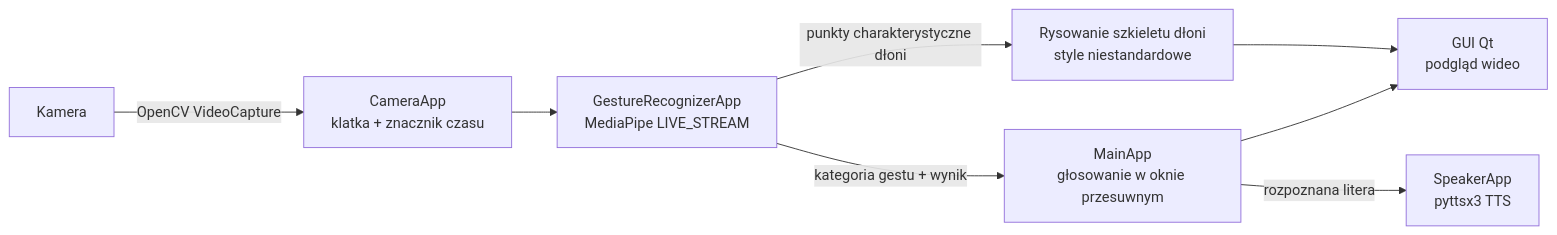
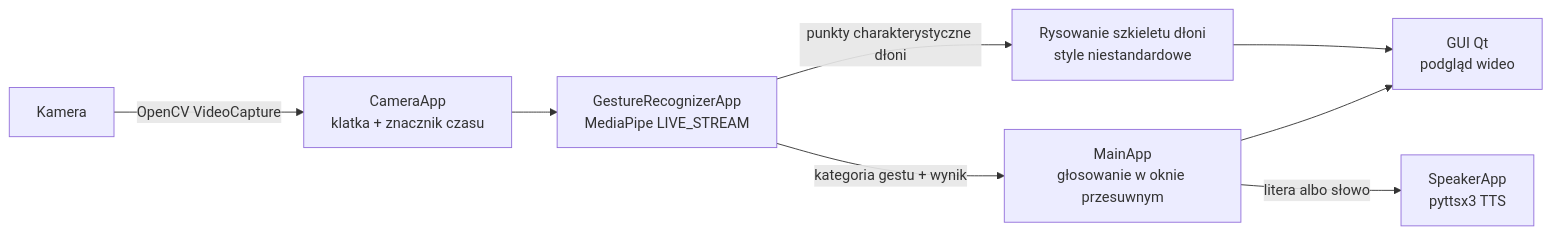
The diagram in README.pl.md (DXtR1337/AI_sign_language_translator), drawn with Mermaid before and after one commit. The commit also changed other lines of this file and 13 other files, not shown here.

````diff
--- a/README.pl.md
+++ b/README.pl.md
@@ -47,10 +47,10 @@
 ```mermaid
 flowchart LR
     A[Kamera] -->|OpenCV VideoCapture| B[CameraApp<br/>klatka + znacznik czasu]
     B --> C[GestureRecognizerApp<br/>MediaPipe LIVE_STREAM]
     C -->|punkty charakterystyczne dłoni| D[Rysowanie szkieletu dłoni<br/>style niestandardowe]
     C -->|kategoria gestu + wynik| E[MainApp<br/>głosowanie w oknie przesuwnym]
     D --> F[GUI Qt<br/>podgląd wideo]
     E --> F
-    E -->|rozpoznana litera| G[SpeakerApp<br/>pyttsx3 TTS]
+    E -->|litera albo słowo| G[SpeakerApp<br/>pyttsx3 TTS]
 ```
````
